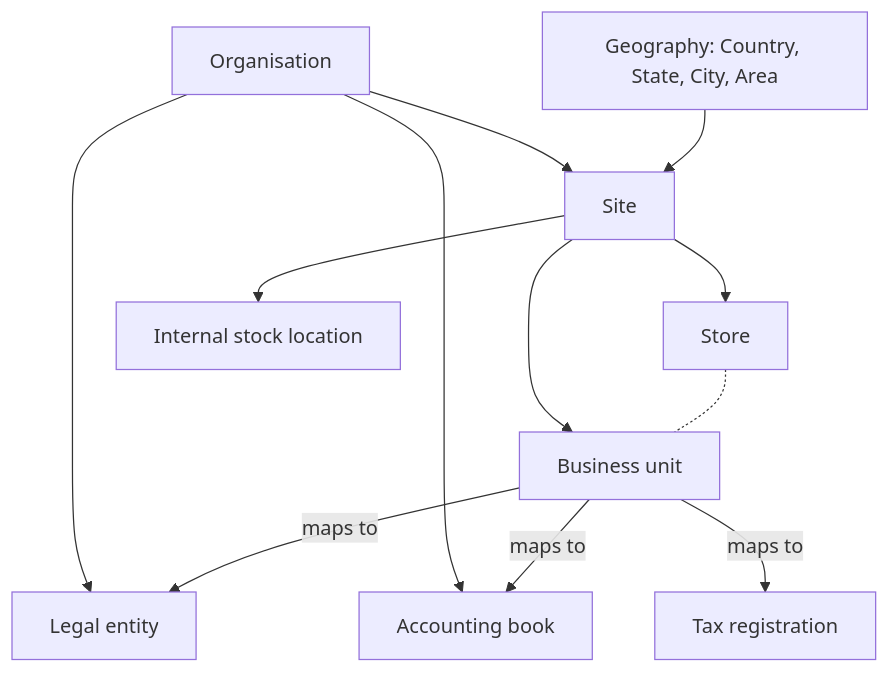
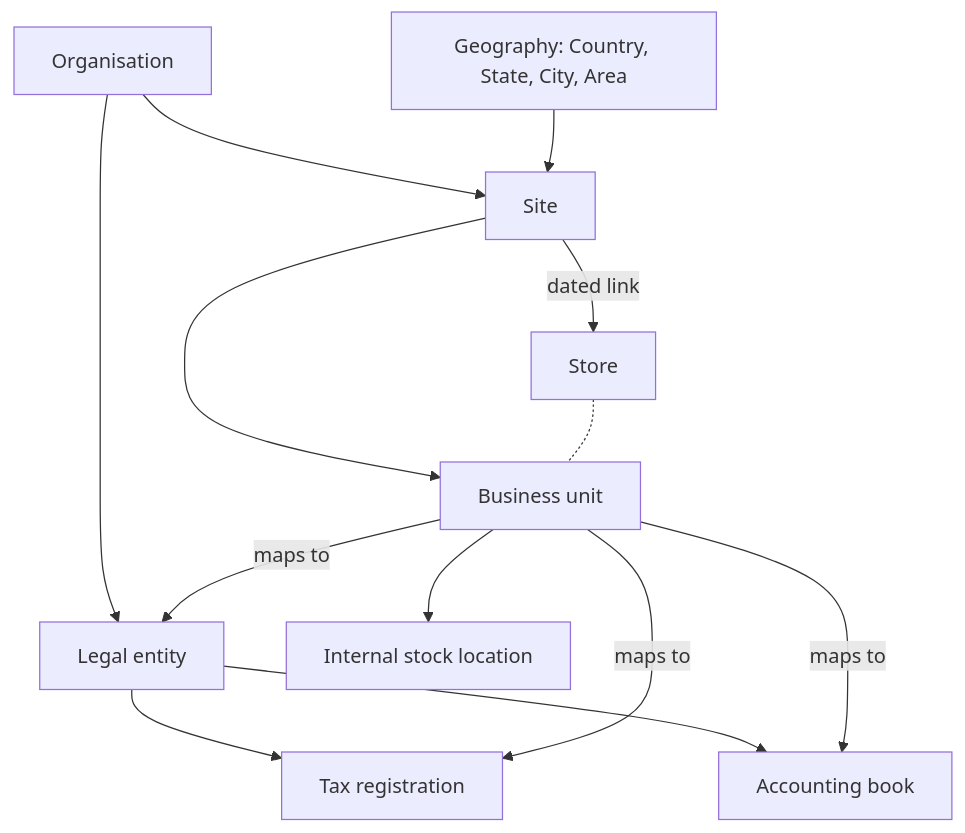
The second of 2 diagrams in docs/design/architecture/domain-model.md (bruhanand/apparel-os), drawn with Mermaid before and after one commit. The commit also changed other lines of this file and 12 other files, not shown here.

````diff
--- a/docs/design/architecture/domain-model.md
+++ b/docs/design/architecture/domain-model.md
@@ -117,16 +117,16 @@
 ```mermaid
 flowchart TB
   O["Organisation"] --> LE["Legal entity"]
-  TR["Tax registration"]
-  O --> BK["Accounting book"]
+  LE --> TR["Tax registration"]
+  LE --> BK["Accounting book"]
   O --> S
   G["Geography: Country, State, City, Area"]
   G --> S["Site"]
-  S --> ST["Store"]
+  S -- "dated link" --> ST["Store"]
   S --> BU["Business unit"]
   ST -.- BU
-  S --> L["Internal stock location"]
+  BU --> L["Internal stock location"]
   BU -- "maps to" --> LE
   BU -- "maps to" --> TR
   BU -- "maps to" --> BK
 ```
````
